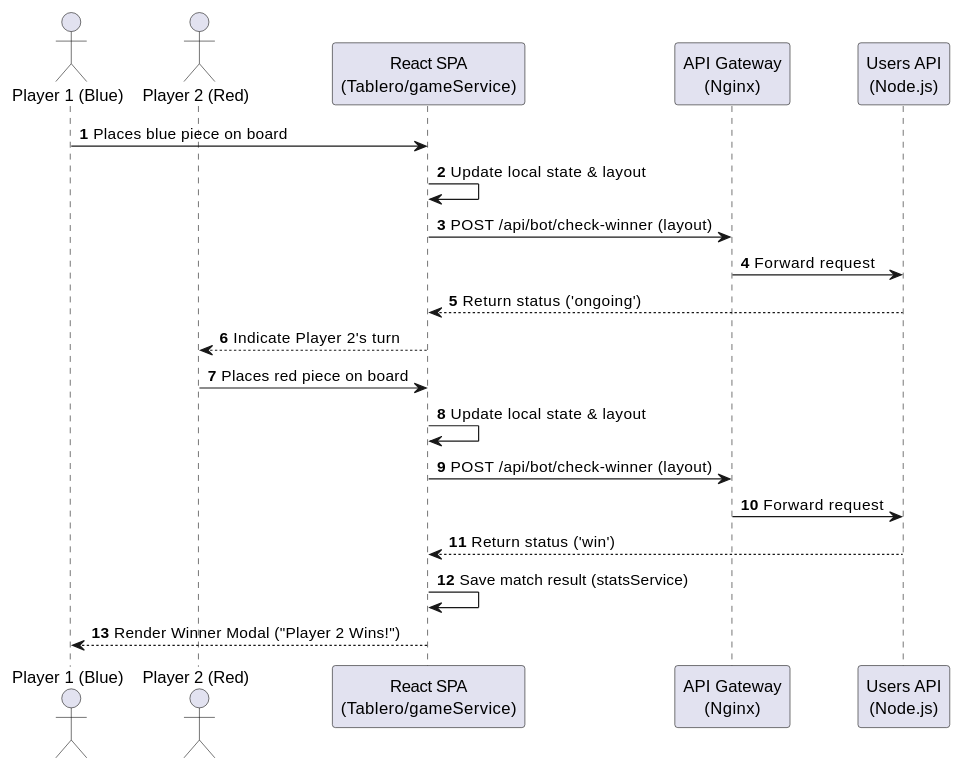
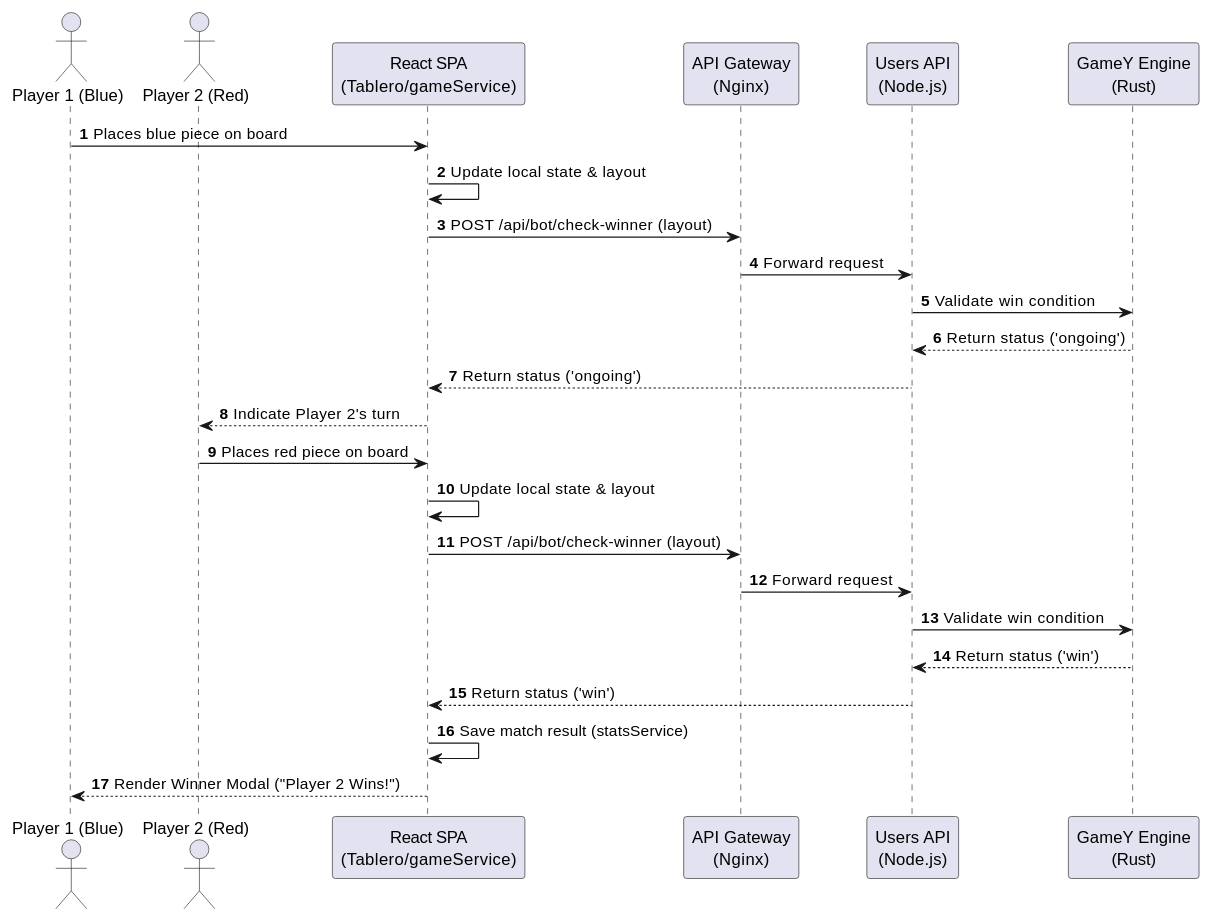
The first of 5 diagrams in docs/src/06_runtime_view.adoc (Arquisoft/yovi_es1a), drawn with PlantUML before and after one commit. The commit also changed other lines of this file and 2 other files, not shown here.

```diff
--- a/docs/src/06_runtime_view.adoc
+++ b/docs/src/06_runtime_view.adoc
@@ -20,29 +20,34 @@
 [plantuml]
 ----
 @startuml
 autonumber
 actor "Player 1 (Blue)" as P1
 actor "Player 2 (Red)" as P2
 participant "React SPA\n(Tablero/gameService)" as WebApp
 participant "API Gateway\n(Nginx)" as Gateway
 participant "Users API\n(Node.js)" as UsersService
+participant "GameY Engine\n(Rust)" as Gamey
 
 P1 -> WebApp: Places blue piece on board
 WebApp -> WebApp: Update local state & layout
 
 WebApp -> Gateway: POST /api/bot/check-winner (layout)
 Gateway -> UsersService: Forward request
+UsersService -> Gamey: Validate win condition
+Gamey --> UsersService: Return status ('ongoing')
 UsersService --> WebApp: Return status ('ongoing')
 WebApp --> P2: Indicate Player 2's turn
 
 P2 -> WebApp: Places red piece on board
 WebApp -> WebApp: Update local state & layout
 
 WebApp -> Gateway: POST /api/bot/check-winner (layout)
 Gateway -> UsersService: Forward request
+UsersService -> Gamey: Validate win condition
+Gamey --> UsersService: Return status ('win')
 UsersService --> WebApp: Return status ('win')
 
 WebApp -> WebApp: Save match result (statsService)
 WebApp --> P1: Render Winner Modal ("Player 2 Wins!")
 @enduml
 ----
```
